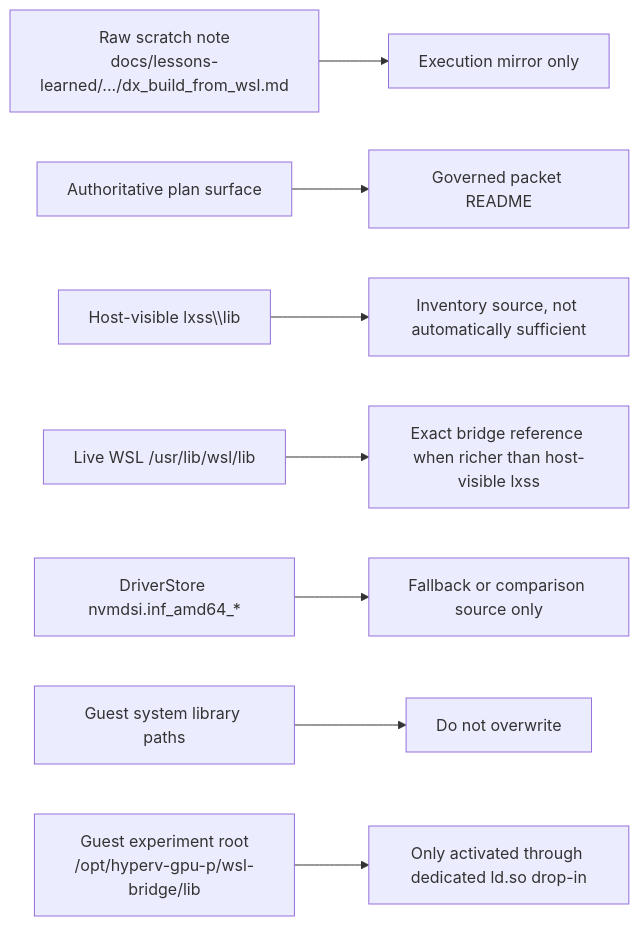
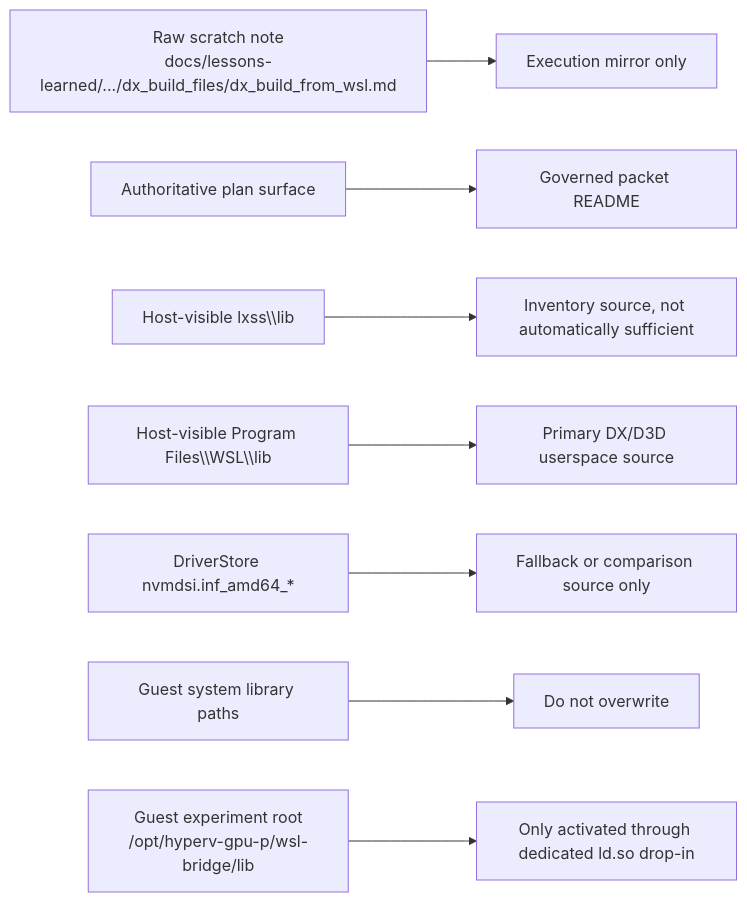
The third of 3 diagrams in docs/plans/2026-07-08--hyper-v-ubuntu-gpu-dx-build-from-wsl-incomplete/README.md (doesitscript/dotfile-vnext), drawn with Mermaid before and after one commit. The commit also changed other lines of this file and 98 other files, not shown here.

````diff
--- a/docs/plans/2026-07-08--hyper-v-ubuntu-gpu-dx-build-from-wsl-incomplete/README.md
+++ b/docs/plans/2026-07-08--hyper-v-ubuntu-gpu-dx-build-from-wsl-incomplete/README.md
@@ -135,10 +154,10 @@
 ```mermaid
 flowchart LR
-    A["Raw scratch note<br/>docs/lessons-learned/.../dx_build_from_wsl.md"] --> B["Execution mirror only"]
+    A["Raw scratch note<br/>docs/lessons-learned/.../dx_build_files/dx_build_from_wsl.md"] --> B["Execution mirror only"]
     C["Authoritative plan surface"] --> D["Governed packet README"]
     E["Host-visible lxss\\lib"] --> F["Inventory source, not automatically sufficient"]
-    G["Live WSL /usr/lib/wsl/lib"] --> H["Exact bridge reference when richer than host-visible lxss"]
+    G["Host-visible Program Files\\WSL\\lib"] --> H["Primary DX/D3D userspace source"]
     I["DriverStore nvmdsi.inf_amd64_*"] --> J["Fallback or comparison source only"]
     K["Guest system library paths"] --> L["Do not overwrite"]
     M["Guest experiment root<br/>/opt/hyperv-gpu-p/wsl-bridge/lib"] --> N["Only activated through dedicated ld.so drop-in"]
 ```
````
